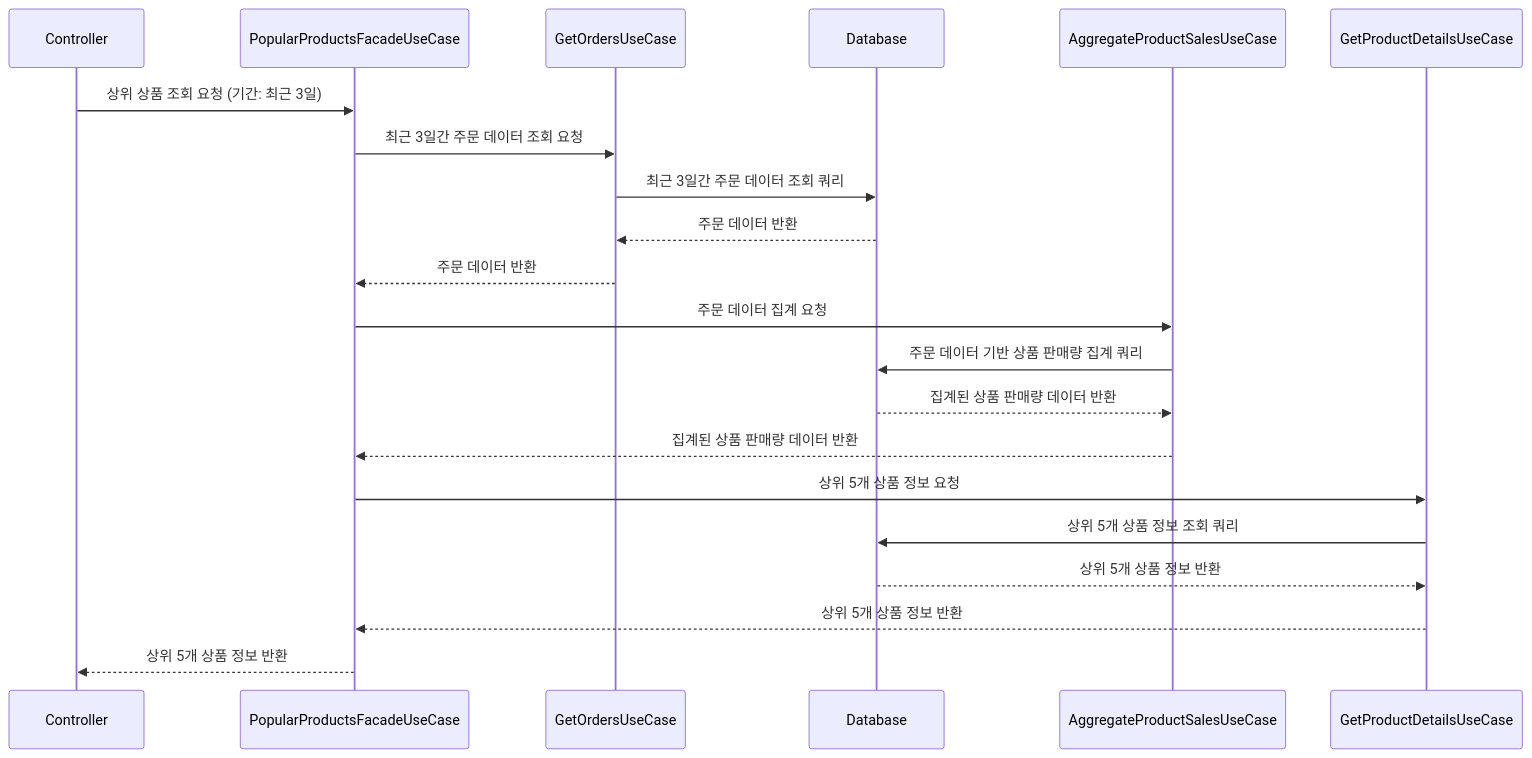
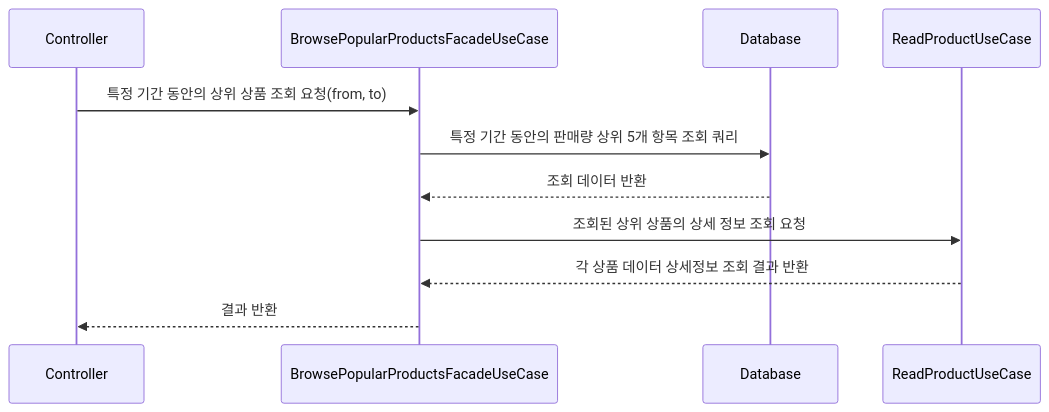
The fifth of 11 diagrams in README.md (saint6839/hh-e-commerce), drawn with Mermaid before and after one commit. The commit also changed other lines of this file, not shown here.

Commit message:
docs: README.md 시퀀스 다이어그램 수정 사항 반영

````diff
--- a/README.md
+++ b/README.md
@@ -53,20 +53,9 @@
 ```mermaid
 sequenceDiagram
-  Controller ->> PopularProductsFacadeUseCase: 상위 상품 조회 요청 (기간: 최근 3일)
-  PopularProductsFacadeUseCase ->> GetOrdersUseCase: 최근 3일간 주문 데이터 조회 요청
-  GetOrdersUseCase ->> Database: 최근 3일간 주문 데이터 조회 쿼리
-  Database -->> GetOrdersUseCase: 주문 데이터 반환
-  GetOrdersUseCase -->> PopularProductsFacadeUseCase: 주문 데이터 반환
-
-  PopularProductsFacadeUseCase ->> AggregateProductSalesUseCase: 주문 데이터 집계 요청
-  AggregateProductSalesUseCase ->> Database: 주문 데이터 기반 상품 판매량 집계 쿼리
-  Database -->> AggregateProductSalesUseCase: 집계된 상품 판매량 데이터 반환
-  AggregateProductSalesUseCase -->> PopularProductsFacadeUseCase: 집계된 상품 판매량 데이터 반환
-
-  PopularProductsFacadeUseCase ->> GetProductDetailsUseCase: 상위 5개 상품 정보 요청
-  GetProductDetailsUseCase ->> Database: 상위 5개 상품 정보 조회 쿼리
-  Database -->> GetProductDetailsUseCase: 상위 5개 상품 정보 반환
-  GetProductDetailsUseCase -->> PopularProductsFacadeUseCase: 상위 5개 상품 정보 반환
-
-  PopularProductsFacadeUseCase -->> Controller: 상위 5개 상품 정보 반환
+  Controller ->> BrowsePopularProductsFacadeUseCase: 특정 기간 동안의 상위 상품 조회 요청(from, to)
+  BrowsePopularProductsFacadeUseCase ->> Database: 특정 기간 동안의 판매량 상위 5개 항목 조회 쿼리
+  Database -->> BrowsePopularProductsFacadeUseCase: 조회 데이터 반환
+  BrowsePopularProductsFacadeUseCase ->> ReadProductUseCase: 조회된 상위 상품의 상세 정보 조회 요청
+  ReadProductUseCase -->> BrowsePopularProductsFacadeUseCase: 각 상품 데이터 상세정보 조회 결과 반환
+  BrowsePopularProductsFacadeUseCase -->> Controller: 결과 반환
 ```
````
